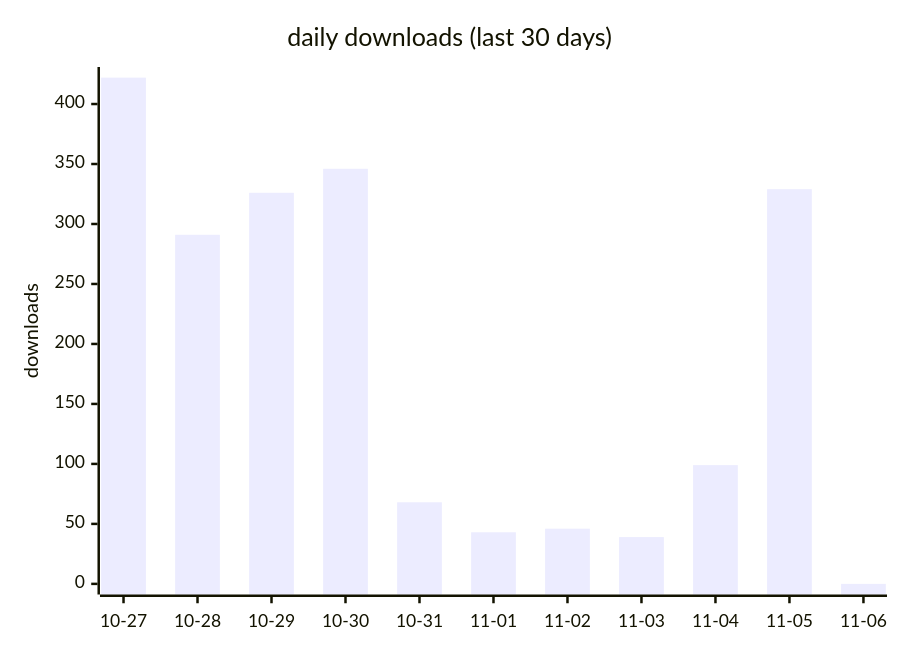
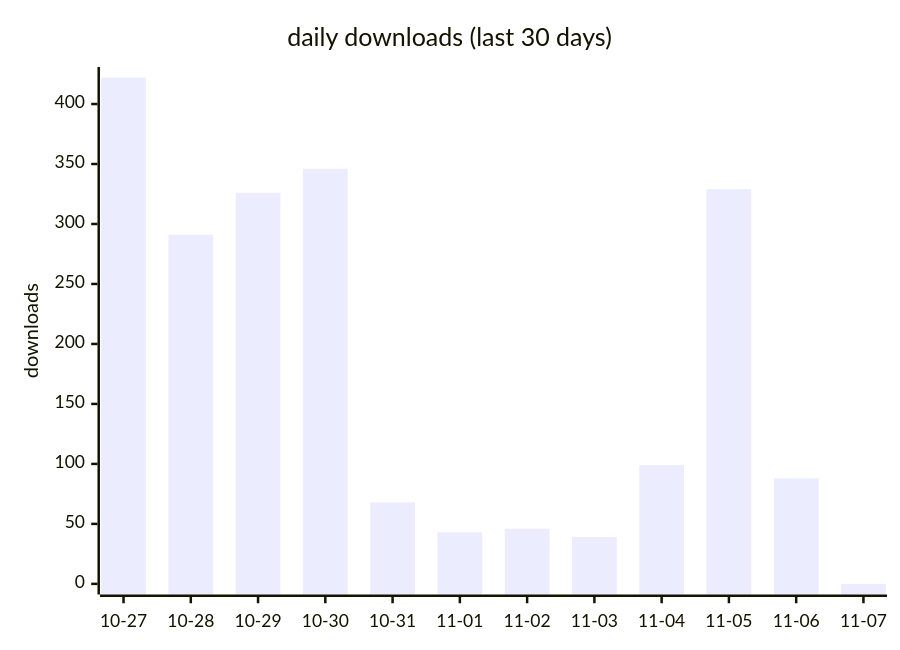
The first of 2 diagrams in docs/downloads-2026.md (terry2010/dsh-loop-recover), drawn with Mermaid before and after one commit. The commit also changed other lines of this file and 1 other file, not shown here.

````diff
--- a/docs/downloads-2026.md
+++ b/docs/downloads-2026.md
@@ -19,7 +19,7 @@
 ```mermaid
 xychart-beta
     title "daily downloads (last 30 days)"
-    x-axis ["10-27", "10-28", "10-29", "10-30", "10-31", "11-01", "11-02", "11-03", "11-04", "11-05", "11-06"]
+    x-axis ["10-27", "10-28", "10-29", "10-30", "10-31", "11-01", "11-02", "11-03", "11-04", "11-05", "11-06", "11-07"]
     y-axis "downloads" 0 --> 422
-    bar [422, 291, 326, 346, 68, 43, 46, 39, 99, 329, 0]
+    bar [422, 291, 326, 346, 68, 43, 46, 39, 99, 329, 88, 0]
 ```
````
